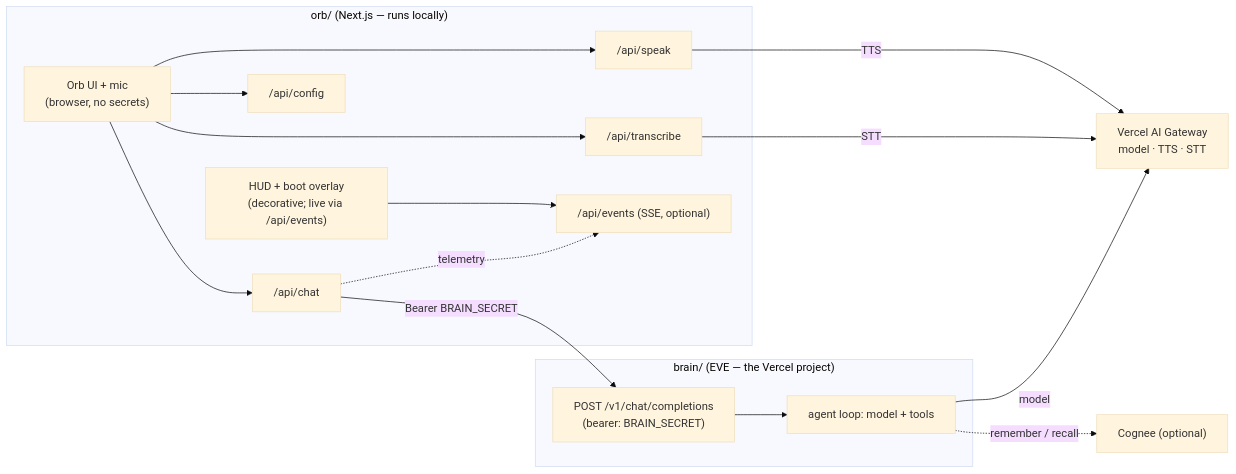
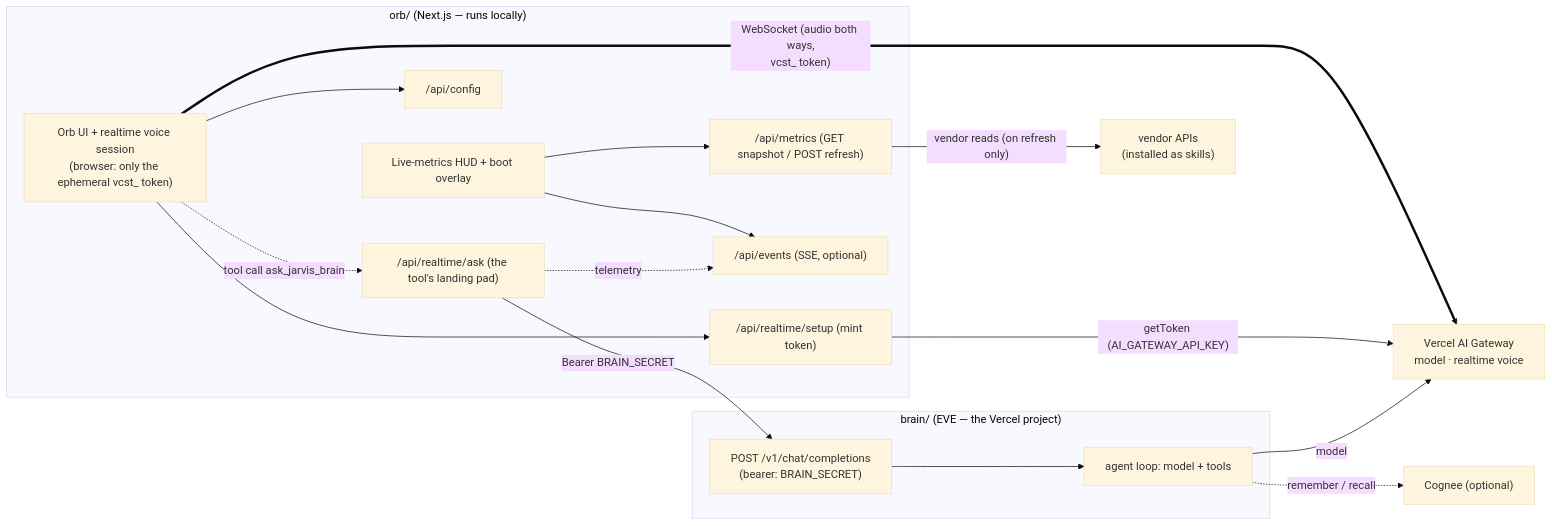
Before and after one commit to tfcbot/jarvis-style-agent: the diagram in PRD.md, drawn with Mermaid (base theme). The commit also changed other lines of this file and 3 other files, not shown here.

First line of the commit message:
docs: spec docs match the realtime architecture

````diff
--- a/PRD.md
+++ b/PRD.md
@@ -35,30 +41,32 @@
 ```mermaid
 flowchart LR
   subgraph orb["orb/  (Next.js — runs locally)"]
-    UI["Orb UI + mic<br/>(browser, no secrets)"]
-    R1["/api/chat"]
-    R2["/api/speak"]
-    R3["/api/transcribe"]
+    UI["Orb UI + realtime voice session<br/>(browser: only the ephemeral vcst_ token)"]
+    R1["/api/realtime/setup (mint token)"]
+    R2["/api/realtime/ask (the tool's landing pad)"]
+    R3["/api/metrics (GET snapshot / POST refresh)"]
     R4["/api/events (SSE, optional)"]
     R5["/api/config"]
-    HUD["HUD + boot overlay<br/>(decorative; live via /api/events)"]
-    UI --> R1 & R2 & R3 & R5
-    HUD --> R4
-    R1 -. "telemetry" .-> R4
+    HUD["Live-metrics HUD + boot overlay"]
+    UI --> R1 & R5
+    UI -. "tool call ask_jarvis_brain" .-> R2
+    HUD --> R3 & R4
+    R2 -. "telemetry" .-> R4
   end
 
   subgraph brain["brain/  (EVE — the Vercel project)"]
     SHIM["POST /v1/chat/completions<br/>(bearer: BRAIN_SECRET)"]
     LOOP["agent loop: model + tools"]
     SHIM --> LOOP
   end
 
-  GW["Vercel AI Gateway<br/>model · TTS · STT"]
+  GW["Vercel AI Gateway<br/>model · realtime voice"]
   MEM["Cognee (optional)"]
 
-  R1 -- "Bearer BRAIN_SECRET" --> SHIM
-  R2 -- "TTS" --> GW
-  R3 -- "STT" --> GW
+  UI == "WebSocket (audio both ways,<br/>vcst_ token)" ==> GW
+  R1 -- "getToken (AI_GATEWAY_API_KEY)" --> GW
+  R2 -- "Bearer BRAIN_SECRET" --> SHIM
+  R3 -- "vendor reads (on refresh only)" --> VEND["vendor APIs<br/>(installed as skills)"]
   LOOP -- "model" --> GW
   LOOP -. "remember / recall" .-> MEM
 ```
````
